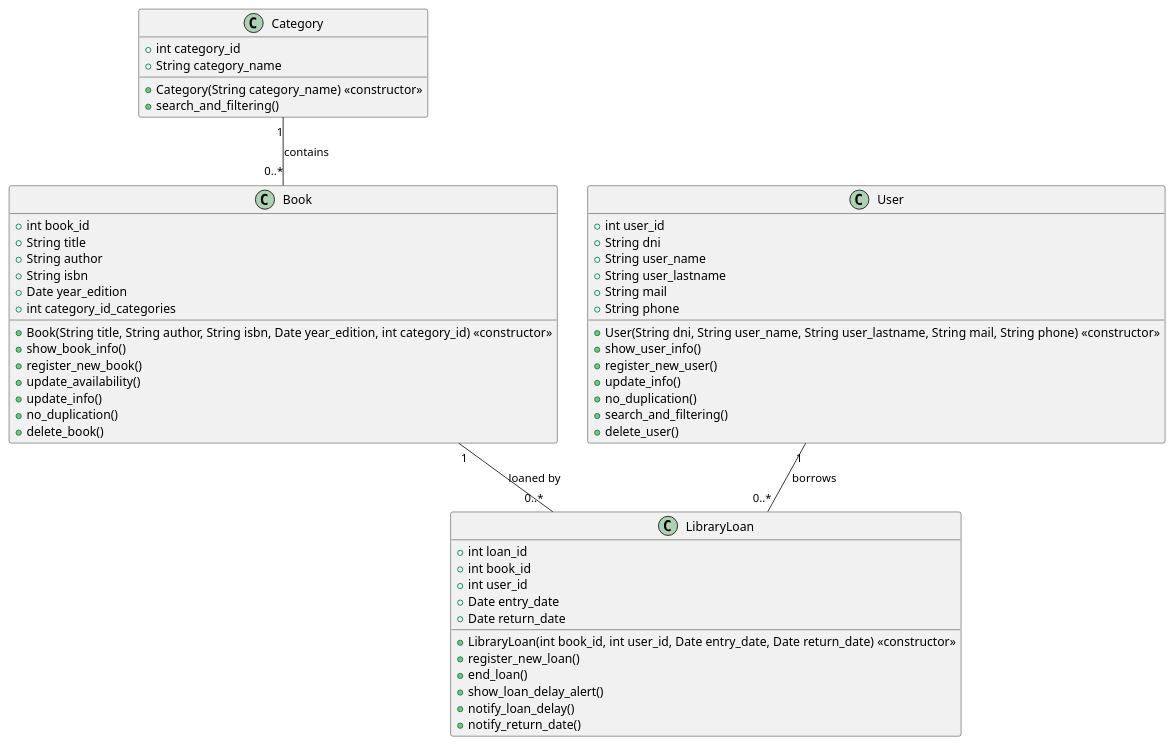
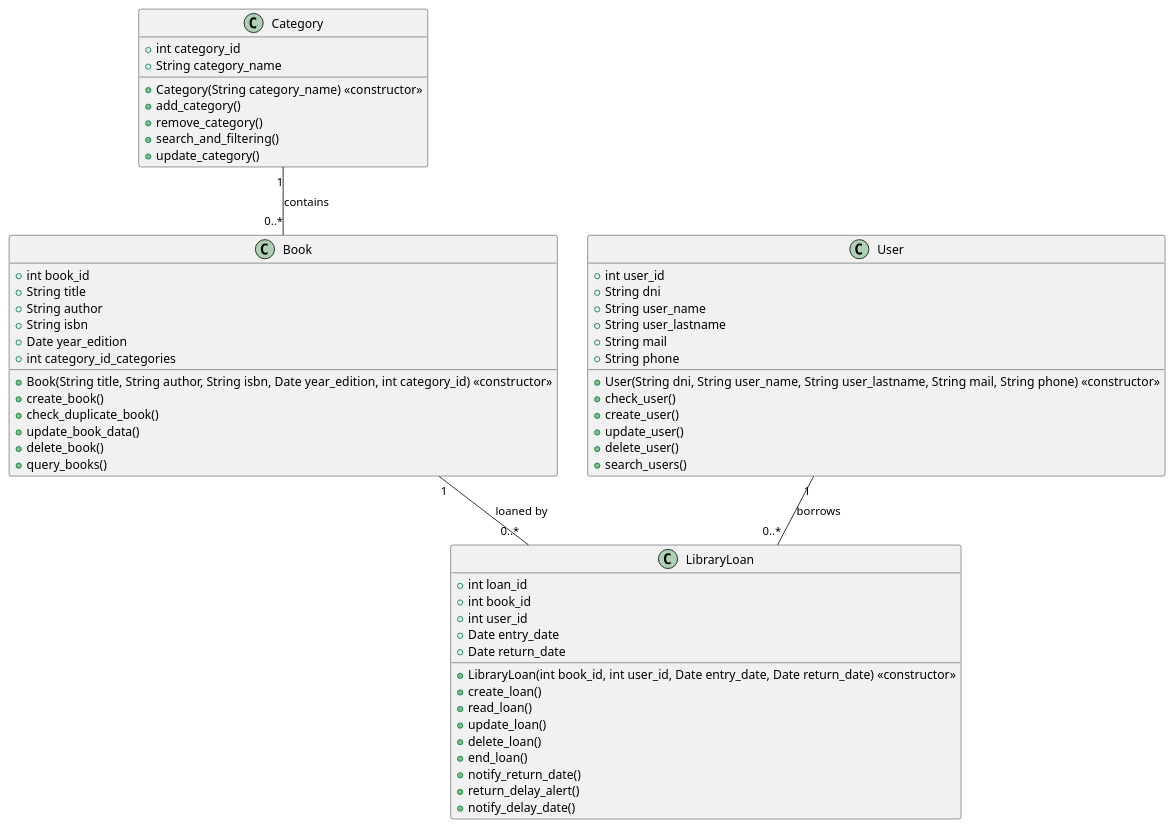
Before and after one commit to helopgom/LibraryManager: the diagram in diagram.puml, drawn with PlantUML.

Commit message:
change diagrams functions

```diff
--- a/diagram.puml
+++ b/diagram.puml
@@ -1,58 +1,62 @@
 @startuml
 class Category {
     +int category_id
     +String category_name
     +Category(String category_name) <<constructor>>
+    +add_category()
+    +remove_category()
     +search_and_filtering()
+    +update_category()
 }
 
 class Book {
     +int book_id
     +String title
     +String author
     +String isbn
     +Date year_edition
     +int category_id_categories
     +Book(String title, String author, String isbn, Date year_edition, int category_id) <<constructor>>
-    +show_book_info()
-    +register_new_book()
-    +update_availability()
-    +update_info()
-    +no_duplication()
+    +create_book()
+    +check_duplicate_book()
+    +update_book_data()
     +delete_book()
+    +query_books()
 }
 
 class User {
     +int user_id
     +String dni
     +String user_name
     +String user_lastname
     +String mail
     +String phone
     +User(String dni, String user_name, String user_lastname, String mail, String phone) <<constructor>>
-    +show_user_info()
-    +register_new_user()
-    +update_info()
-    +no_duplication()
-    +search_and_filtering()
+    +check_user()
+    +create_user()
+    +update_user()
     +delete_user()
+    +search_users()
 }
 
 class LibraryLoan {
     +int loan_id
     +int book_id
     +int user_id
     +Date entry_date
     +Date return_date
     +LibraryLoan(int book_id, int user_id, Date entry_date, Date return_date) <<constructor>>
-    +register_new_loan()
+    +create_loan()
+    +read_loan()
+    +update_loan()
+    +delete_loan()
     +end_loan()
-    +show_loan_delay_alert()
-    +notify_loan_delay()
     +notify_return_date()
+    +return_delay_alert()
+    +notify_delay_date()
 }
 
 Category "1" -- "0..*" Book : contains
 Book "1" -- "0..*" LibraryLoan : loaned by
 User "1" -- "0..*" LibraryLoan : borrows
 @enduml
```
